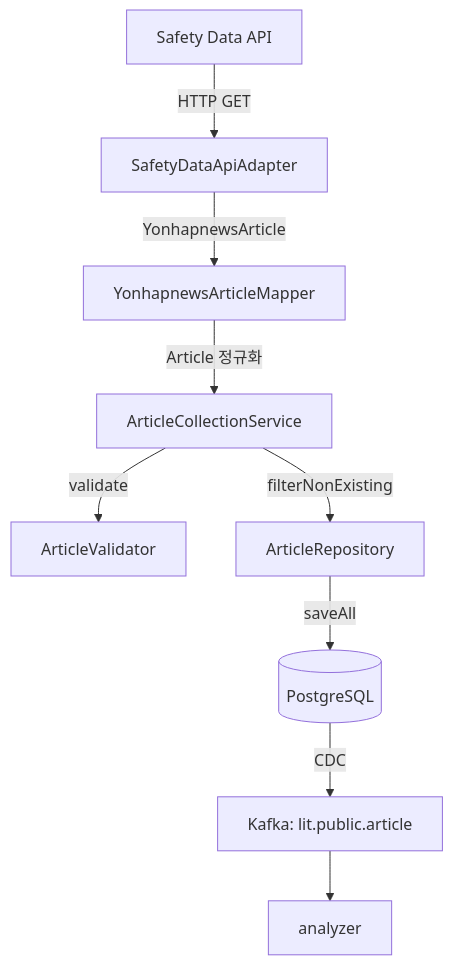
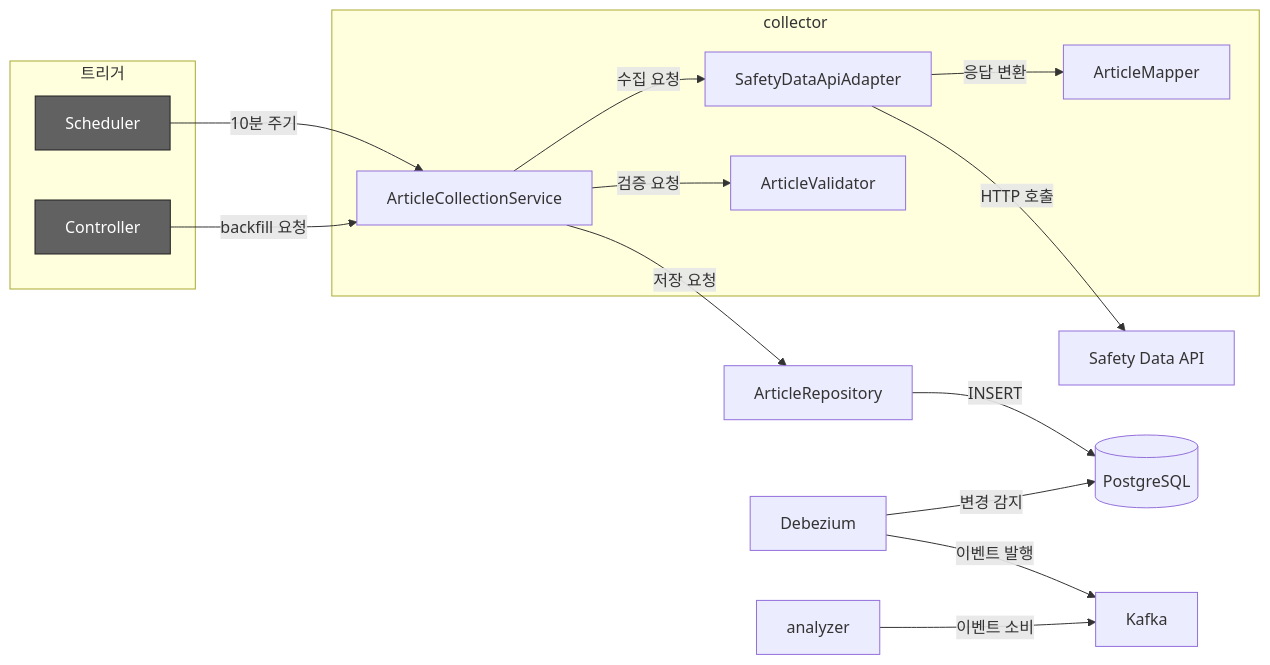
The second of 2 diagrams in collector/README.md (vonkernel/local-incident-tracker), drawn with Mermaid before and after one commit. The commit also changed other lines of this file and 17 other files, not shown here.

First line of the commit message:
Refactor documentation with improved diagrams and scripts (#20)

````diff
--- a/collector/README.md
+++ b/collector/README.md
@@ -95,11 +95,36 @@
 ```mermaid
-flowchart TD
-    A[Safety Data API] -->|HTTP GET| B[SafetyDataApiAdapter]
-    B -->|YonhapnewsArticle| C[YonhapnewsArticleMapper]
-    C -->|Article 정규화| D[ArticleCollectionService]
-    D -->|validate| E[ArticleValidator]
-    D -->|filterNonExisting| F[ArticleRepository]
-    F -->|saveAll| G[(PostgreSQL)]
-    G -->|CDC| H[Kafka: lit.public.article]
-    H --> I[analyzer]
+flowchart LR
+    subgraph Trigger [트리거]
+        Scheduler[Scheduler]
+        Controller[Controller]
+    end
+
+    subgraph Collector [collector]
+        Service[ArticleCollectionService]
+        Fetcher[SafetyDataApiAdapter]
+        Mapper[ArticleMapper]
+        Validator[ArticleValidator]
+    end
+
+    API[Safety Data API]
+    Repo[ArticleRepository]
+    DB[(PostgreSQL)]
+    CDC[Debezium]
+    Kafka[Kafka]
+    Analyzer[analyzer]
+
+    Scheduler -->|10분 주기| Service
+    Controller -->|backfill 요청| Service
+    Service -->|수집 요청| Fetcher
+    Fetcher -->|HTTP 호출| API
+    Fetcher -->|응답 변환| Mapper
+    Service -->|검증 요청| Validator
+    Service -->|저장 요청| Repo
+    Repo -->|INSERT| DB
+    CDC -->|변경 감지| DB
+    CDC -->|이벤트 발행| Kafka
+    Analyzer -->|이벤트 소비| Kafka
+
+    classDef trigger fill:#616161,stroke:#212121,color:#fff
+    class Scheduler,Controller trigger
 ```
````
